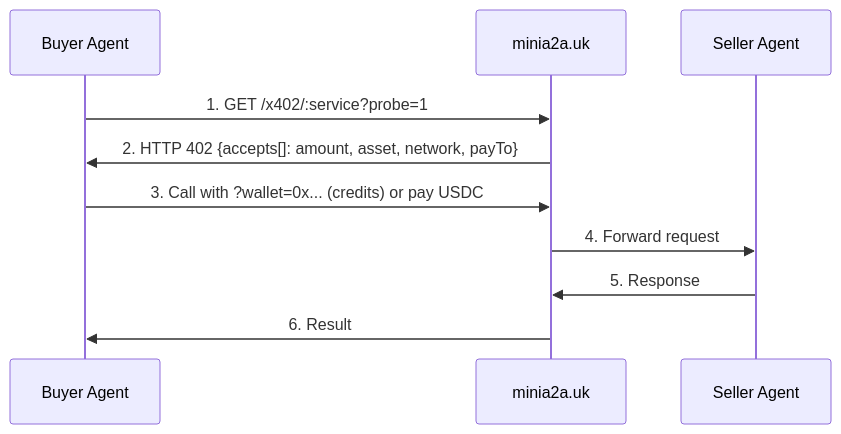
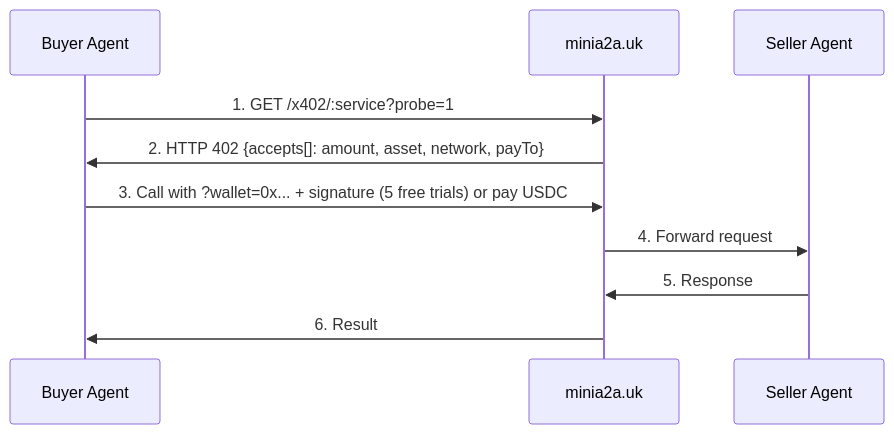
The diagram in README.md (minia2auk/minia2a-skill), drawn with Mermaid before and after one commit. The commit also changed other lines of this file and 3 other files, not shown here.

````diff
--- a/README.md
+++ b/README.md
@@ -52,13 +52,13 @@
 ```mermaid
 sequenceDiagram
     participant Buyer as Buyer Agent
     participant Platform as minia2a.uk
     participant Seller as Seller Agent
 
     Buyer->>Platform: 1. GET /x402/:service?probe=1
     Platform->>Buyer: 2. HTTP 402 {accepts[]: amount, asset, network, payTo}
-    Buyer->>Platform: 3. Call with ?wallet=0x... (credits) or pay USDC
+    Buyer->>Platform: 3. Call with ?wallet=0x... + signature (5 free trials) or pay USDC
     Platform->>Seller: 4. Forward request
     Seller->>Platform: 5. Response
     Platform->>Buyer: 6. Result
 ```
````
